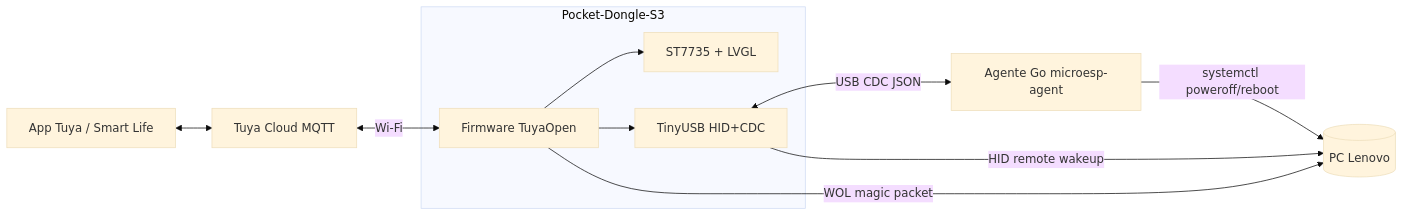
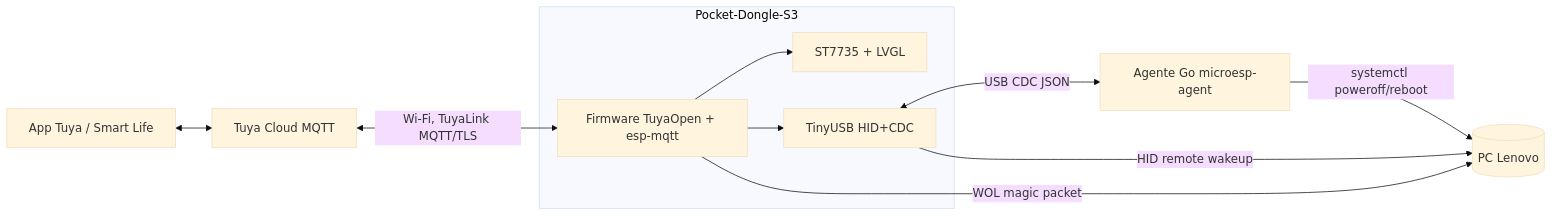
Before and after one commit to sevir/microesp: the diagram in docs/analisis/00-analisis-arquitectura.md, drawn with Mermaid (base theme). The commit also changed other lines of this file and 43 other files, not shown here.

````diff
--- a/docs/analisis/00-analisis-arquitectura.md
+++ b/docs/analisis/00-analisis-arquitectura.md
@@ -97,13 +115,13 @@
 ```mermaid
 flowchart LR
   App[App Tuya / Smart Life] <--> Cloud[Tuya Cloud MQTT]
-  Cloud <-- Wi-Fi --> FW
+  Cloud <-- "Wi-Fi, TuyaLink MQTT/TLS" --> FW
   subgraph Dongle[Pocket-Dongle-S3]
-    FW[Firmware TuyaOpen] --> LCD[ST7735 + LVGL]
+    FW[Firmware TuyaOpen + esp-mqtt] --> LCD[ST7735 + LVGL]
     FW --> USB[TinyUSB HID+CDC]
   end
   USB <-- USB CDC JSON --> Agent[Agente Go microesp-agent]
   USB -- HID remote wakeup --> PC[(PC Lenovo)]
   FW -- WOL magic packet --> PC
   Agent -- systemctl poweroff/reboot --> PC
 ```
````
